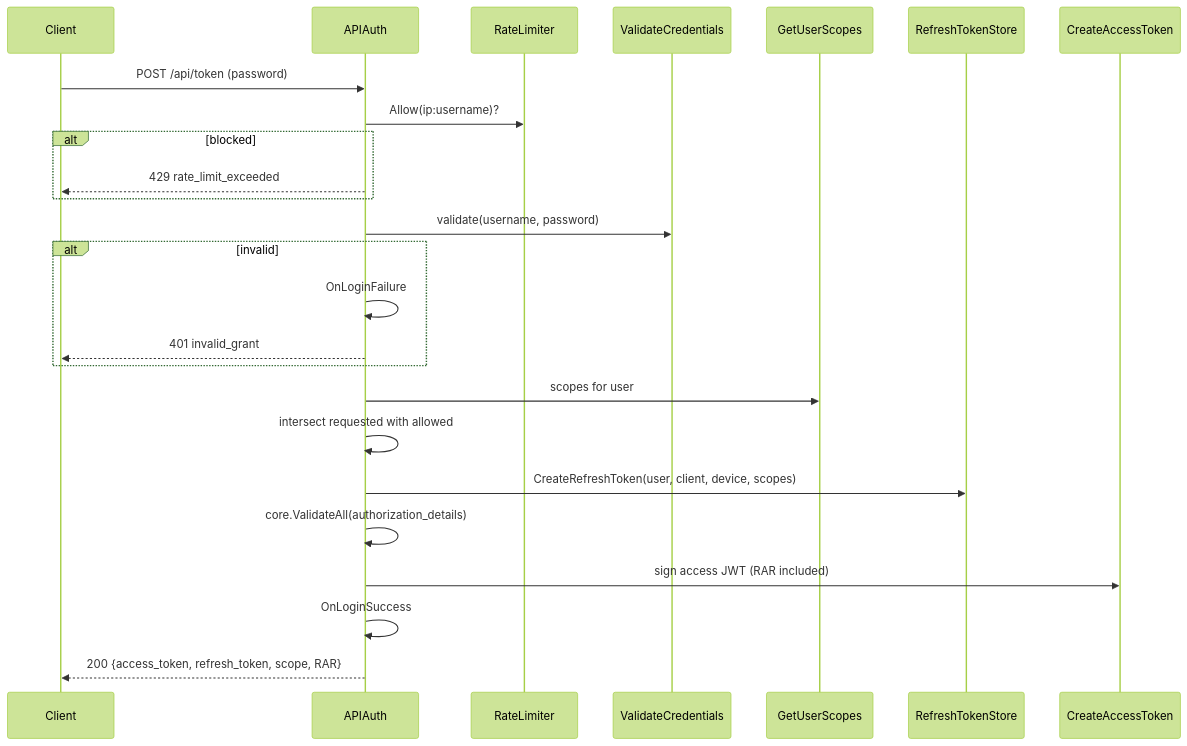
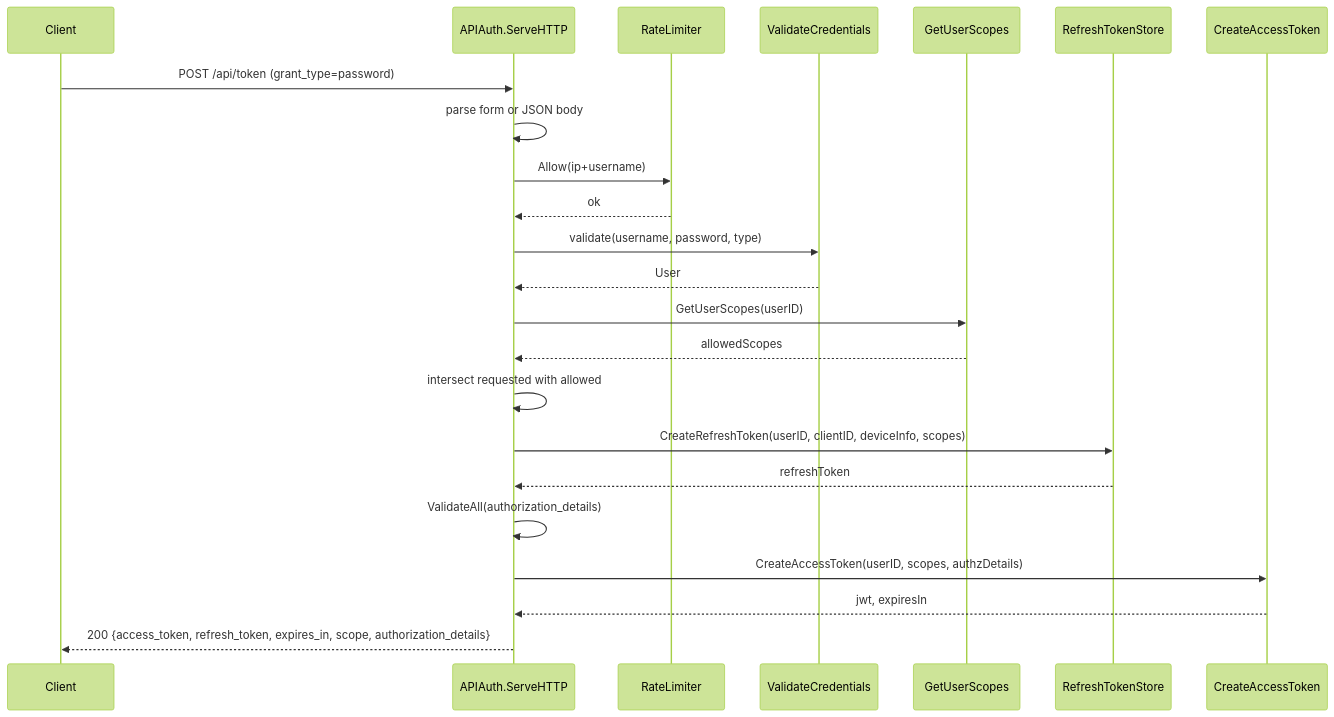
One commit to panyam/oneauth changed the first of 5 diagrams in apiauth/DESIGN.md. Above: the diagram before and after it, drawn with Mermaid (forest theme). The commit also changed other lines of this file and 42 other files, not shown here.

````diff
--- a/apiauth/DESIGN.md
+++ b/apiauth/DESIGN.md
@@ -140,27 +83,26 @@
 ```mermaid
 sequenceDiagram
-    participant C as Client
-    participant A as APIAuth
-    participant R as RateLimiter
-    participant V as ValidateCredentials
-    participant S as GetUserScopes
-    participant RT as RefreshTokenStore
-    participant CK as CreateAccessToken
-    C->>A: POST /api/token (password)
-    A->>R: Allow(ip:username)?
-    alt blocked
-        A-->>C: 429 rate_limit_exceeded
-    end
-    A->>V: validate(username, password)
-    alt invalid
-        A->>A: OnLoginFailure
-        A-->>C: 401 invalid_grant
-    end
-    A->>S: scopes for user
-    A->>A: intersect requested with allowed
-    A->>RT: CreateRefreshToken(user, client, device, scopes)
-    A->>A: core.ValidateAll(authorization_details)
-    A->>CK: sign access JWT (RAR included)
-    A->>A: OnLoginSuccess
-    A-->>C: 200 {access_token, refresh_token, scope, RAR}
+    participant Client
+    participant APIAuth as APIAuth.ServeHTTP
+    participant RL as RateLimiter
+    participant CV as ValidateCredentials
+    participant US as GetUserScopes
+    participant RTS as RefreshTokenStore
+    participant Sign as CreateAccessToken
+
+    Client->>APIAuth: POST /api/token (grant_type=password)
+    APIAuth->>APIAuth: parse form or JSON body
+    APIAuth->>RL: Allow(ip+username)
+    RL-->>APIAuth: ok
+    APIAuth->>CV: validate(username, password, type)
+    CV-->>APIAuth: User
+    APIAuth->>US: GetUserScopes(userID)
+    US-->>APIAuth: allowedScopes
+    APIAuth->>APIAuth: intersect requested with allowed
+    APIAuth->>RTS: CreateRefreshToken(userID, clientID, deviceInfo, scopes)
+    RTS-->>APIAuth: refreshToken
+    APIAuth->>APIAuth: ValidateAll(authorization_details)
+    APIAuth->>Sign: CreateAccessToken(userID, scopes, authzDetails)
+    Sign-->>APIAuth: jwt, expiresIn
+    APIAuth-->>Client: 200 {access_token, refresh_token, expires_in, scope, authorization_details}
 ```
````
